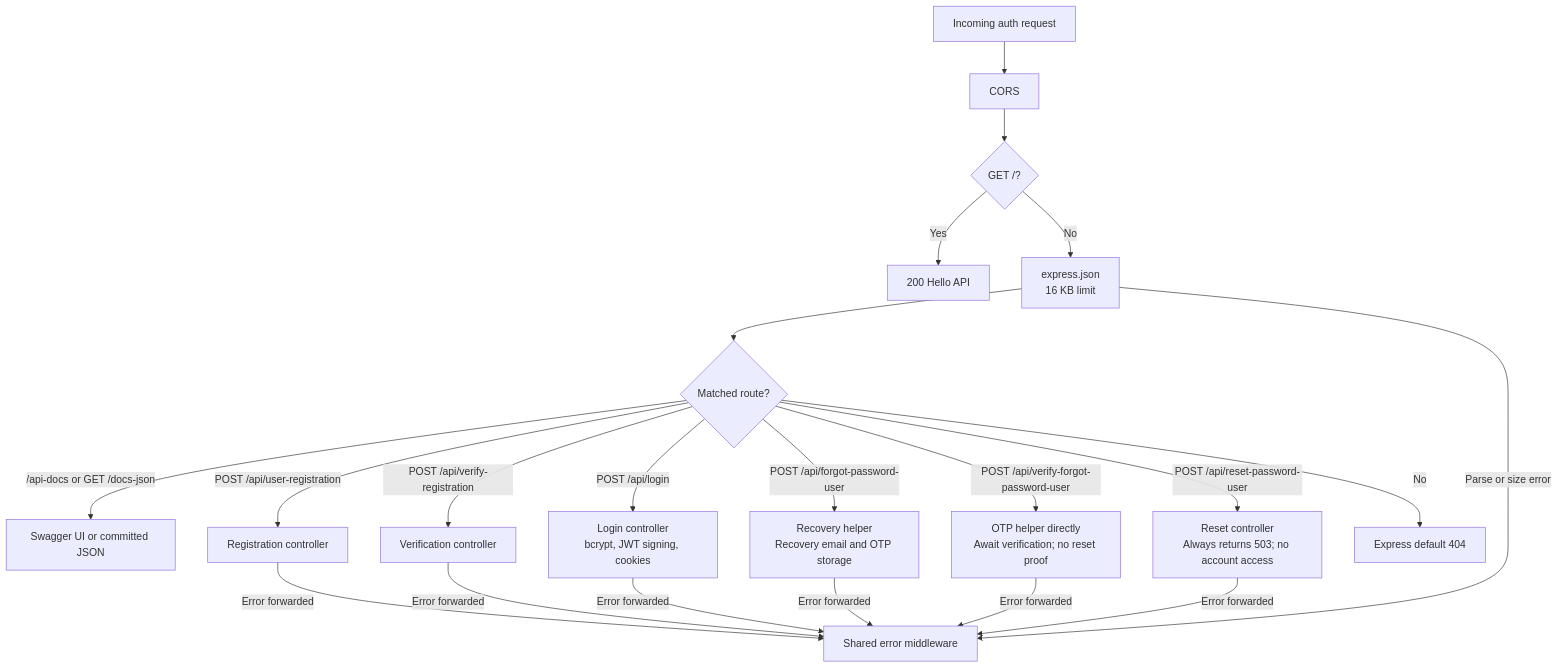
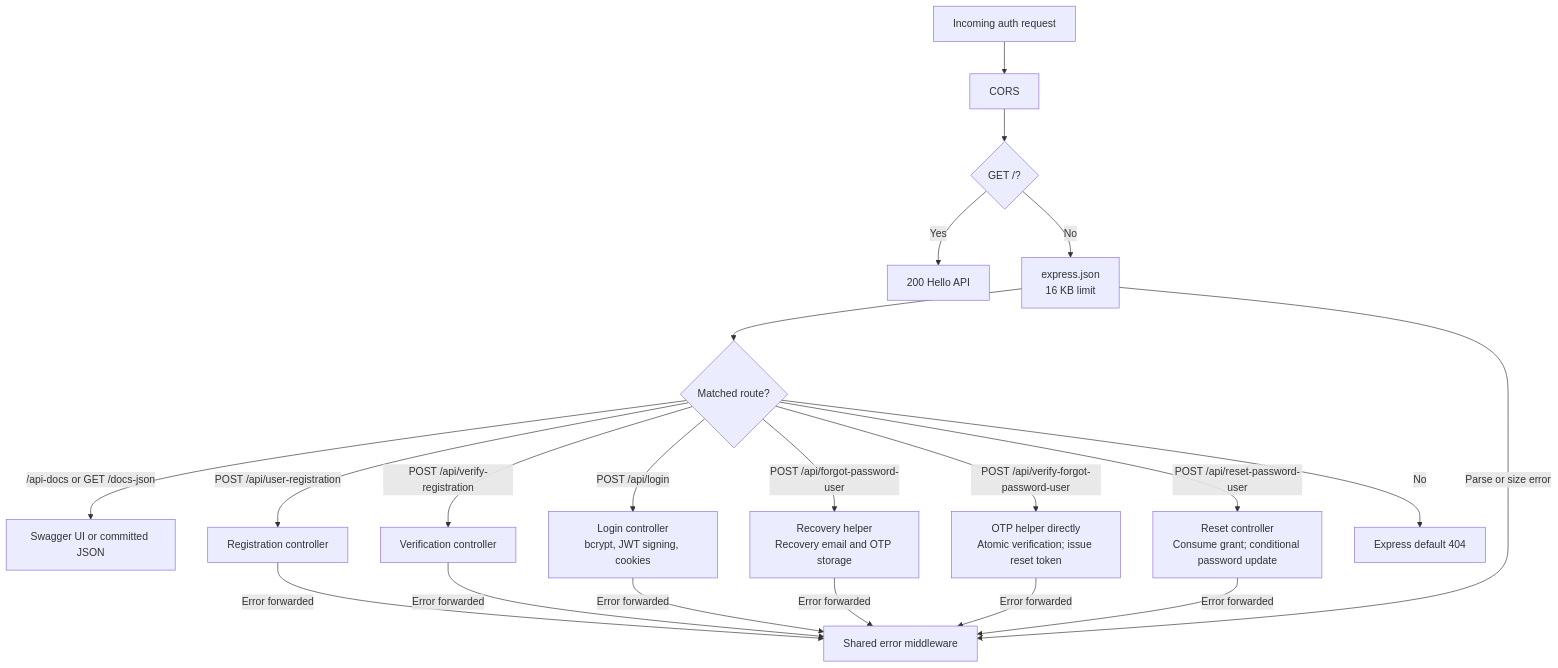
Before and after one commit to Kruskal892/Microservice-SaaS-E-commerce: the second of 7 diagrams in docs/architecture/request-flows.md, drawn with Mermaid. The commit also changed other lines of this file and 34 other files, not shown here.

Commit message:
feat: implement single-use password reset and connect forgot-password flow

````diff
--- a/docs/architecture/request-flows.md
+++ b/docs/architecture/request-flows.md
@@ -49,23 +49,23 @@
 ```mermaid
 flowchart TD
     Request["Incoming auth request"] --> CORS["CORS"]
     CORS --> Root{"GET /?"}
     Root -->|Yes| Greeting["200 Hello API"]
     Root -->|No| JSON["express.json<br/>16 KB limit"]
     JSON --> Route{"Matched route?"}
     Route -->|"/api-docs or GET /docs-json"| Swagger["Swagger UI or committed JSON"]
     Route -->|"POST /api/user-registration"| Registration["Registration controller"]
     Route -->|"POST /api/verify-registration"| Verification["Verification controller"]
     Route -->|"POST /api/login"| Login["Login controller<br/>bcrypt, JWT signing, cookies"]
     Route -->|"POST /api/forgot-password-user"| Forgot["Recovery helper<br/>Recovery email and OTP storage"]
-    Route -->|"POST /api/verify-forgot-password-user"| RecoveryOTP["OTP helper directly<br/>Await verification; no reset proof"]
-    Route -->|"POST /api/reset-password-user"| Reset["Reset controller<br/>Always returns 503; no account access"]
+    Route -->|"POST /api/verify-forgot-password-user"| RecoveryOTP["OTP helper directly<br/>Atomic verification; issue reset token"]
+    Route -->|"POST /api/reset-password-user"| Reset["Reset controller<br/>Consume grant; conditional password update"]
     Route -->|No| Missing["Express default 404"]
     JSON -->|Parse or size error| Errors["Shared error middleware"]
     Registration -->|Error forwarded| Errors
     Verification -->|Error forwarded| Errors
     Login -->|Error forwarded| Errors
     Forgot -->|Error forwarded| Errors
     RecoveryOTP -->|Error forwarded| Errors
     Reset -->|Error forwarded| Errors
 ```
````
